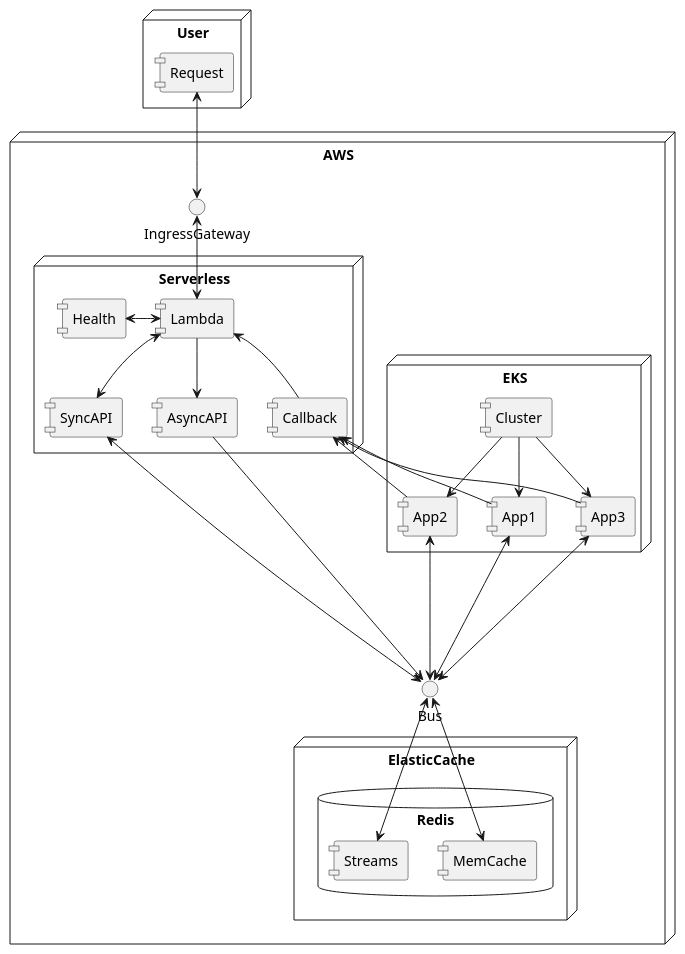
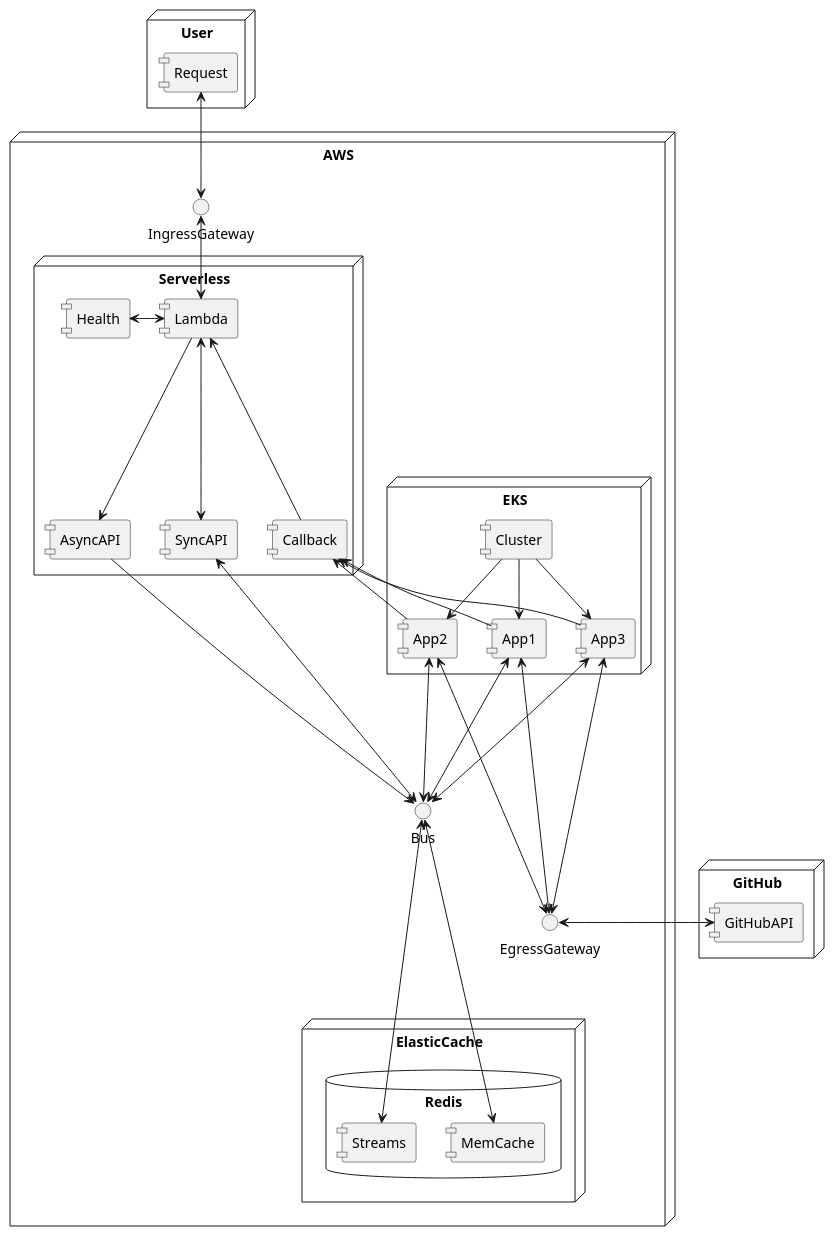
One commit to Jimmy1500/dss changed the diagram in arch/app.pu. Above: the diagram before and after it, drawn with PlantUML. The commit also changed 1 other file, not shown here.

```diff
--- a/arch/app.pu
+++ b/arch/app.pu
@@ -1,58 +1,68 @@
 @startuml app
 skinparam ComponentStyle uml1
 
 node User {
     component Request
 }
 
+node GitHub{
+    component GitHubAPI
+}
+
 node AWS {
     interface IngressGateway
+    interface EgressGateway
     interface Bus
     node EKS {
         component Cluster  
         component App1
         component App2
         component App3
     } 
     node Serverless {
         component Lambda
         component Health
         component SyncAPI
         component AsyncAPI
         component Callback
     }
     node ElasticCache {
         database Redis {
             component MemCache
             component Streams
         }
     }
 }
 
 Request <-down-> IngressGateway
 Lambda  <-up-> IngressGateway 
 
-Lambda <-left->  Health
-Lambda <-down->  SyncAPI
-Lambda -down->   AsyncAPI
-Lambda <-down-   Callback
+Lambda <-left->   Health
+Lambda <--down--> SyncAPI
+Lambda --down-->  AsyncAPI
+Lambda <--down--  Callback
 
 Cluster -down->  App1
 Cluster -down->  App2
 Cluster -down->  App3
 
 SyncAPI  <--down--> Bus
 AsyncAPI --down-->  Bus
 
-Callback <-- App1
-Callback <-- App2
-Callback <-- App3
+Callback <-down- App1
+Callback <-down- App2
+Callback <-down- App3
+
+EgressGateway <--up--> App1
+EgressGateway <--up--> App2
+EgressGateway <--up--> App3
+GitHubAPI <-left-> EgressGateway
 
 Bus <--up->  App1
 Bus <--up->  App2
 Bus <--up->  App3
 
-Bus <-down-> Streams
-Bus <-down-> MemCache
+Bus <--down--> Streams
+Bus <--down--> MemCache
 
 @enduml
```
